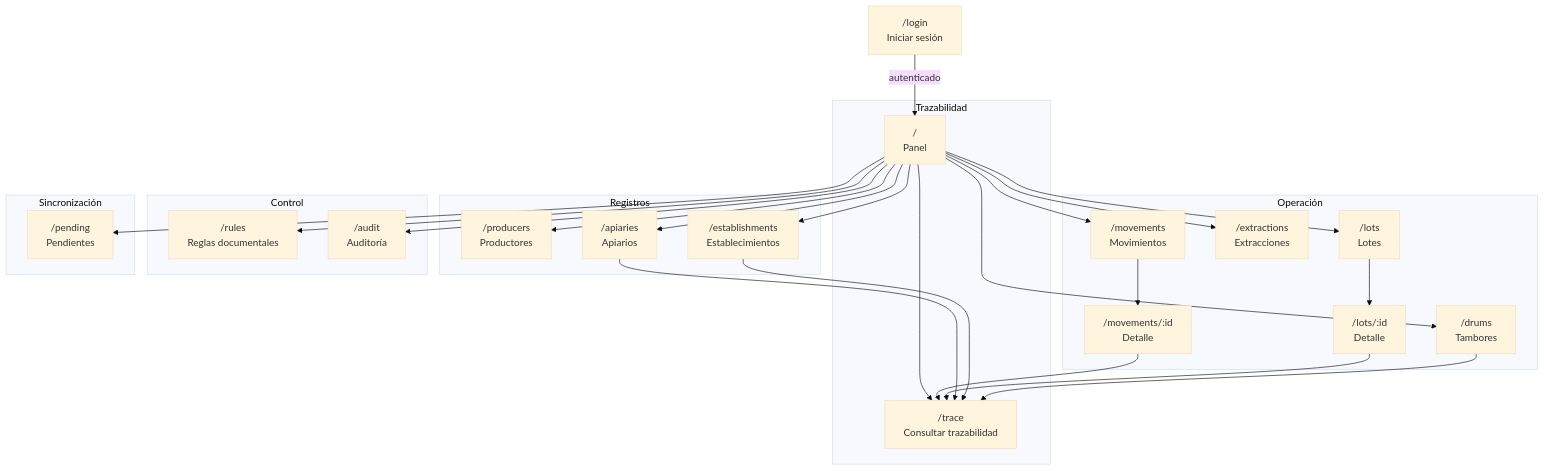
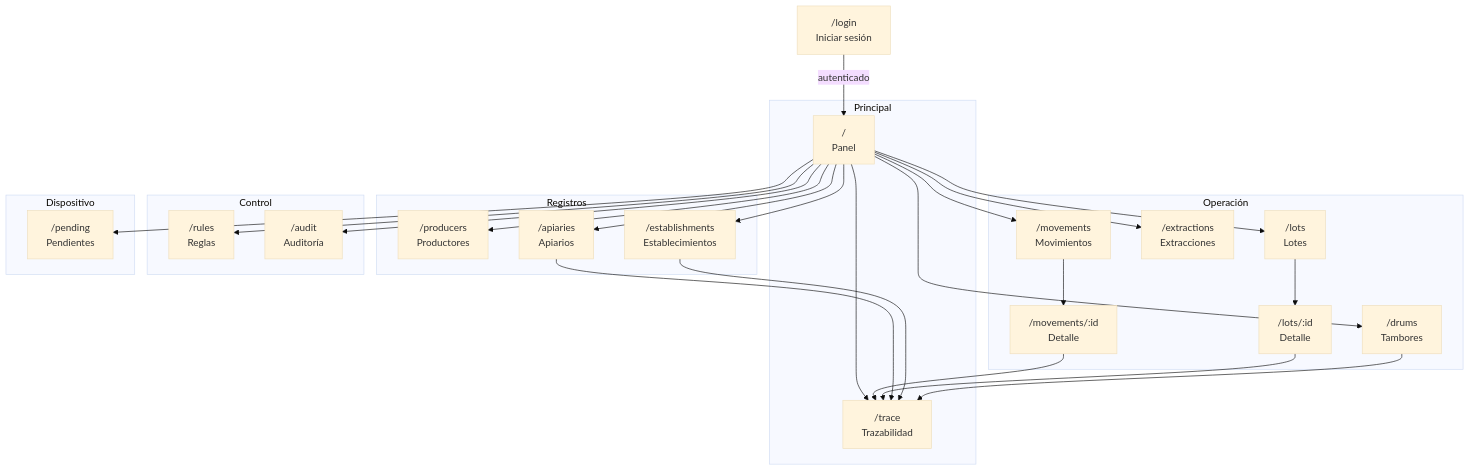
Before and after one commit to josephred/ApiTrace: the first of 4 diagrams in 06-Guia-de-Pantallas-ApiTrace.md, drawn with Mermaid (base theme). The commit also changed other lines of this file and 14 other files, not shown here.

````diff
--- a/06-Guia-de-Pantallas-ApiTrace.md
+++ b/06-Guia-de-Pantallas-ApiTrace.md
@@ -111,42 +119,42 @@
 ```mermaid
 flowchart TD
     L["/login<br/>Iniciar sesión"] -->|autenticado| P["/<br/>Panel"]
 
-    subgraph TRZ["Trazabilidad"]
+    subgraph PRI["Principal"]
         P
-        T["/trace<br/>Consultar trazabilidad"]
-    end
-
-    subgraph REG["Registros"]
-        PR["/producers<br/>Productores"]
-        ES["/establishments<br/>Establecimientos"]
-        AP["/apiaries<br/>Apiarios"]
+        T["/trace<br/>Trazabilidad"]
     end
 
     subgraph OPE["Operación"]
         MV["/movements<br/>Movimientos"]
         MVD["/movements/:id<br/>Detalle"]
         EX["/extractions<br/>Extracciones"]
         LO["/lots<br/>Lotes"]
         LOD["/lots/:id<br/>Detalle"]
         DR["/drums<br/>Tambores"]
     end
 
+    subgraph REG["Registros"]
+        PR["/producers<br/>Productores"]
+        ES["/establishments<br/>Establecimientos"]
+        AP["/apiaries<br/>Apiarios"]
+    end
+
     subgraph CTL["Control"]
-        RU["/rules<br/>Reglas documentales"]
+        RU["/rules<br/>Reglas"]
         AU["/audit<br/>Auditoría"]
     end
 
-    subgraph SYN["Sincronización"]
+    subgraph DIS["Dispositivo"]
         PE["/pending<br/>Pendientes"]
     end
 
-    P --> T & PR & ES & AP & MV & EX & LO & DR & RU & AU & PE
+    P --> T & MV & EX & LO & DR & PR & ES & AP & RU & AU & PE
     MV --> MVD
     LO --> LOD
     MVD --> T
     LOD --> T
     AP --> T
     ES --> T
     DR --> T
 ```
````
